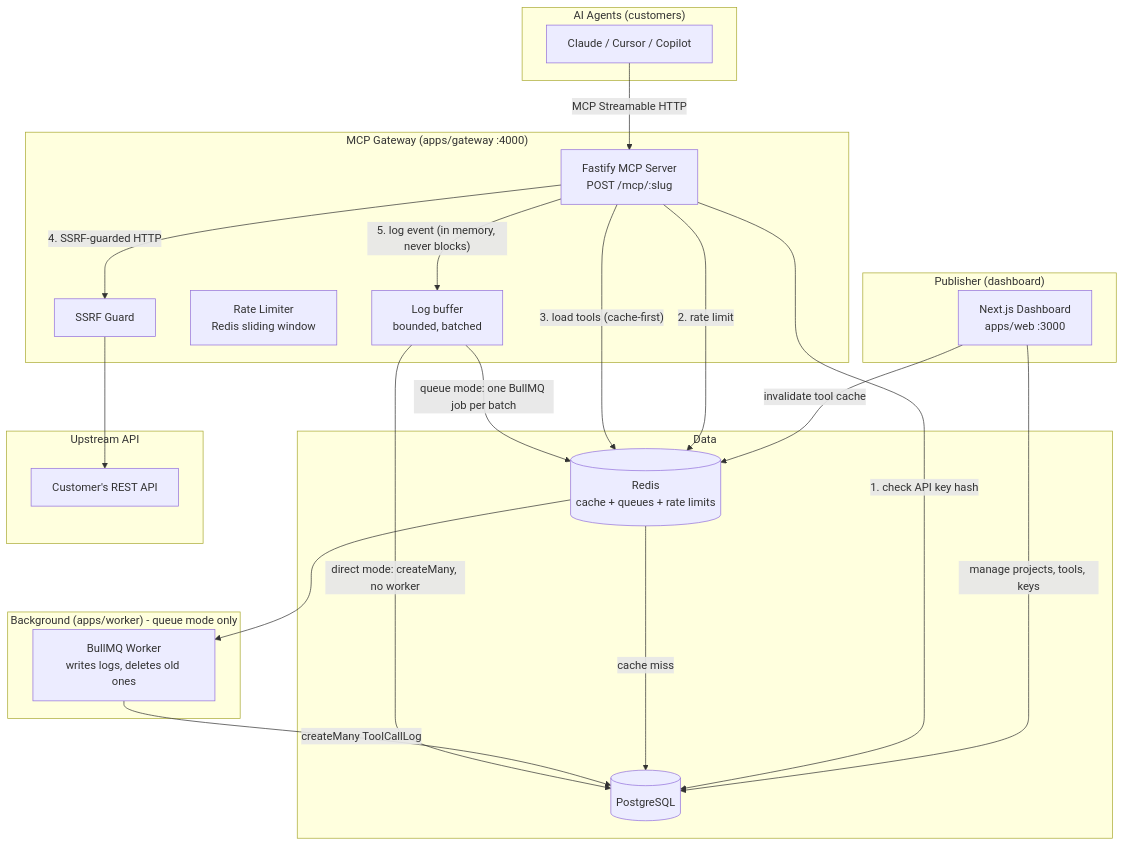
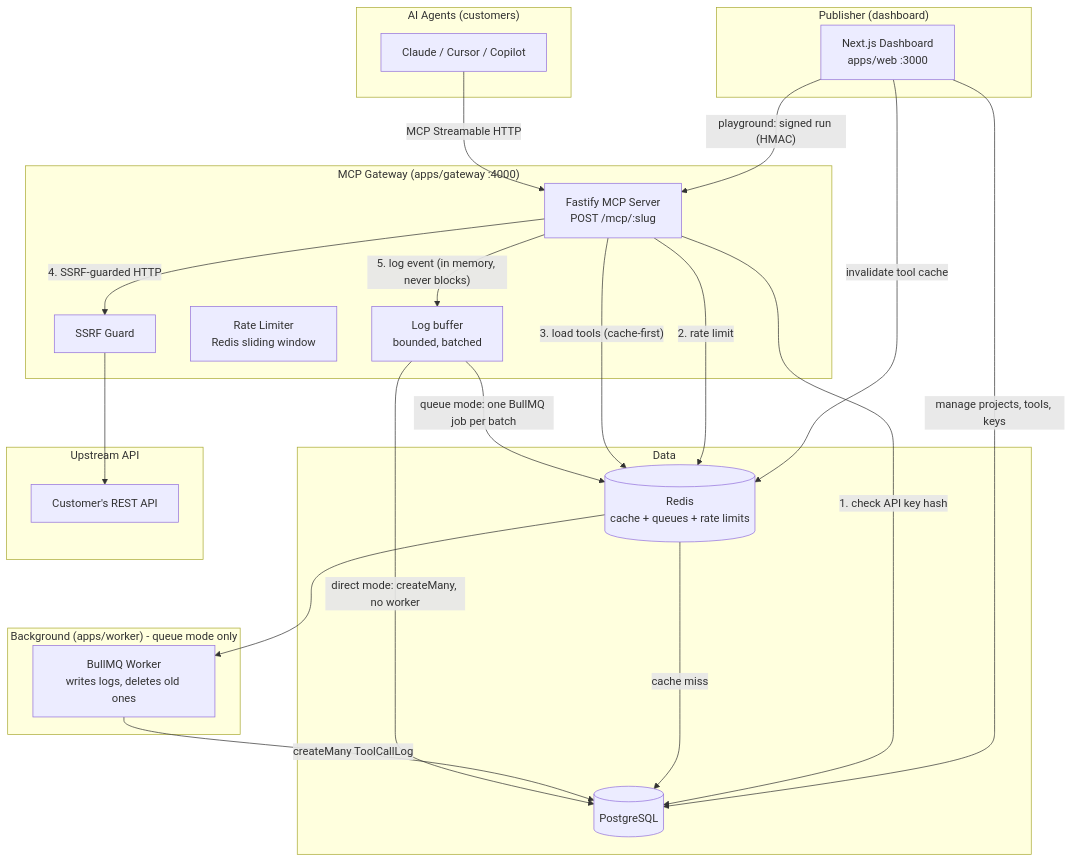
One commit to ishaa0414/mcp-gateway changed the diagram in docs/ARCHITECTURE.md. Above: the diagram before and after it, drawn with Mermaid. The commit also changed other lines of this file and 102 other files, not shown here.

````diff
--- a/docs/ARCHITECTURE.md
+++ b/docs/ARCHITECTURE.md
@@ -9,46 +9,47 @@
 ```mermaid
 graph TD
     subgraph "Publisher (dashboard)"
         UI[Next.js Dashboard<br/>apps/web :3000]
     end
 
     subgraph "AI Agents (customers)"
         Agent[Claude / Cursor / Copilot]
     end
 
     subgraph "MCP Gateway (apps/gateway :4000)"
         GW[Fastify MCP Server<br/>POST /mcp/:slug]
         SSRF[SSRF Guard]
         RL[Rate Limiter<br/>Redis sliding window]
         BUF[Log buffer<br/>bounded, batched]
     end
 
     subgraph "Background (apps/worker) - queue mode only"
         W[BullMQ Worker<br/>writes logs, deletes old ones]
     end
 
     subgraph "Data"
         PG[(PostgreSQL)]
         RD[(Redis<br/>cache + queues + rate limits)]
     end
 
     subgraph "Upstream API"
         API[Customer's REST API]
     end
 
     UI -->|"manage projects, tools, keys"| PG
     UI -->|"invalidate tool cache"| RD
+    UI -->|"playground: signed run (HMAC)"| GW
 
     Agent -->|"MCP Streamable HTTP"| GW
     GW -->|"1. check API key hash"| PG
     GW -->|"2. rate limit"| RD
     GW -->|"3. load tools (cache-first)"| RD
     RD -->|"cache miss"| PG
     GW -->|"4. SSRF-guarded HTTP"| SSRF
     SSRF --> API
     GW -->|"5. log event (in memory, never blocks)"| BUF
     BUF -->|"queue mode: one BullMQ job per batch"| RD
     RD --> W
     W -->|"createMany ToolCallLog"| PG
     BUF -->|"direct mode: createMany, no worker"| PG
 ```
````
